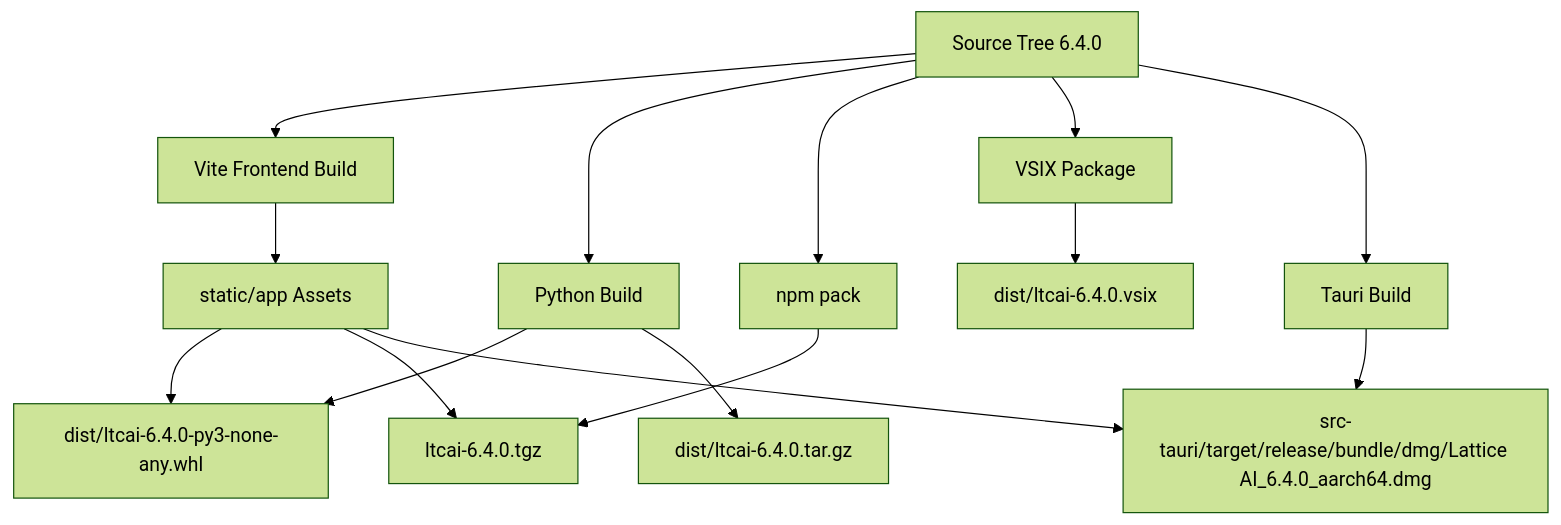
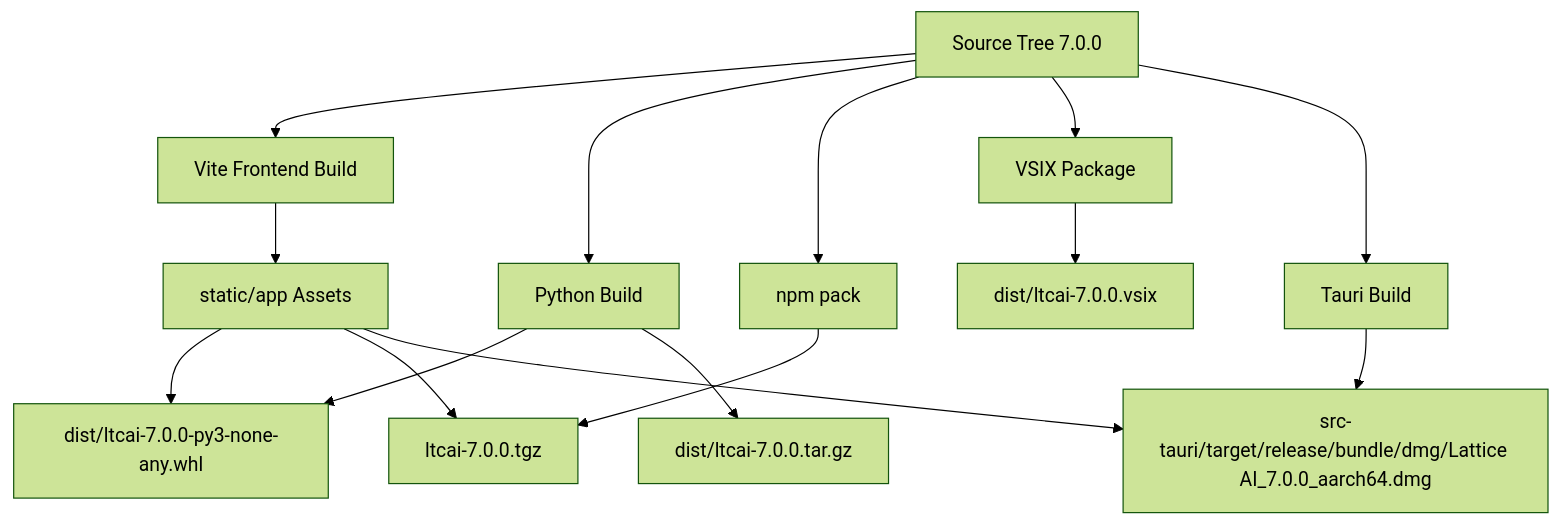
One commit to TaeSooPark-PTS/LatticeAI changed diagram 11 of 11 in ARCHITECTURE.md. Above: the diagram before and after it, drawn with Mermaid (forest theme). The commit also changed other lines of this file and 1 other file, not shown here.

````diff
--- a/ARCHITECTURE.md
+++ b/ARCHITECTURE.md
@@ -302,18 +304,18 @@
 ```mermaid
 flowchart TB
-  Source["Source Tree 6.4.0"] --> FrontendBuild["Vite Frontend Build"]
+  Source["Source Tree 7.0.0"] --> FrontendBuild["Vite Frontend Build"]
   Source --> PythonBuild["Python Build"]
   Source --> NpmPack["npm pack"]
   Source --> VsixBuild["VSIX Package"]
   Source --> TauriBuild["Tauri Build"]
 
   FrontendBuild --> StaticAssets["static/app Assets"]
-  PythonBuild --> Wheel["dist/ltcai-6.4.0-py3-none-any.whl"]
-  PythonBuild --> Sdist["dist/ltcai-6.4.0.tar.gz"]
-  NpmPack --> Tgz["ltcai-6.4.0.tgz"]
-  VsixBuild --> Vsix["dist/ltcai-6.4.0.vsix"]
-  TauriBuild --> Dmg["src-tauri/target/release/bundle/dmg/Lattice AI_6.4.0_aarch64.dmg"]
+  PythonBuild --> Wheel["dist/ltcai-7.0.0-py3-none-any.whl"]
+  PythonBuild --> Sdist["dist/ltcai-7.0.0.tar.gz"]
+  NpmPack --> Tgz["ltcai-7.0.0.tgz"]
+  VsixBuild --> Vsix["dist/ltcai-7.0.0.vsix"]
+  TauriBuild --> Dmg["src-tauri/target/release/bundle/dmg/Lattice AI_7.0.0_aarch64.dmg"]
   StaticAssets --> Wheel
   StaticAssets --> Tgz
   StaticAssets --> Dmg
 ```
````
